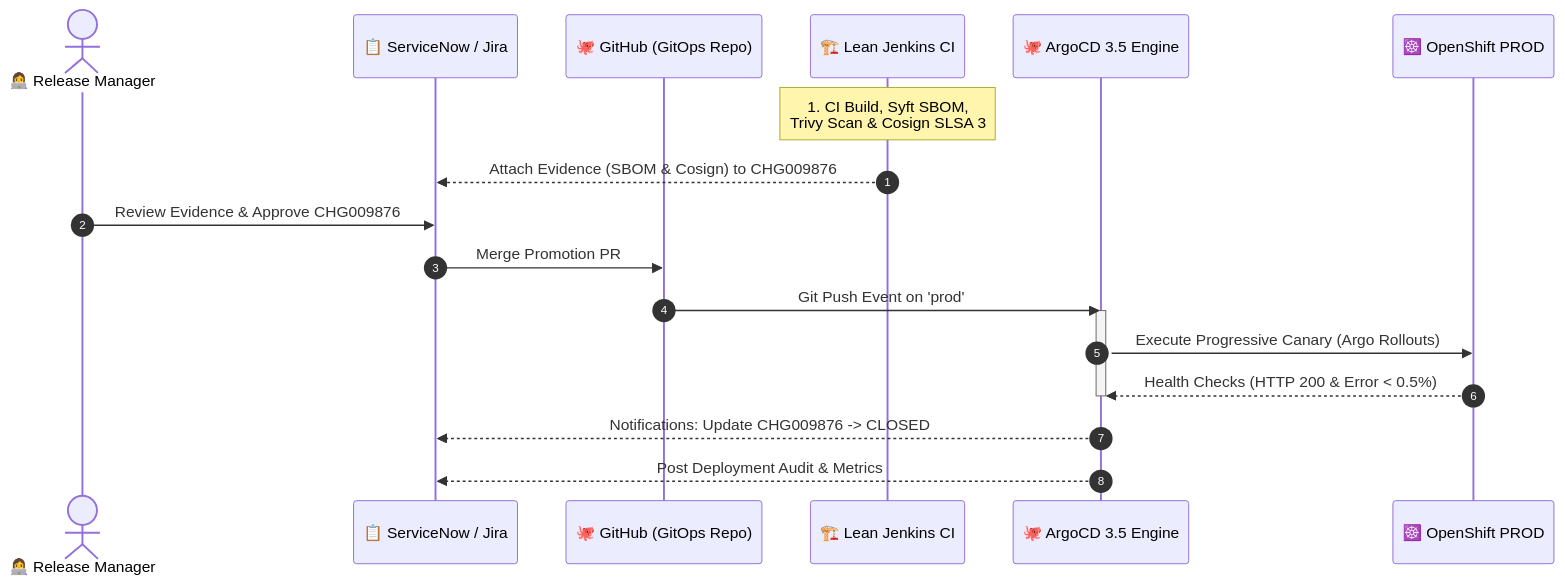
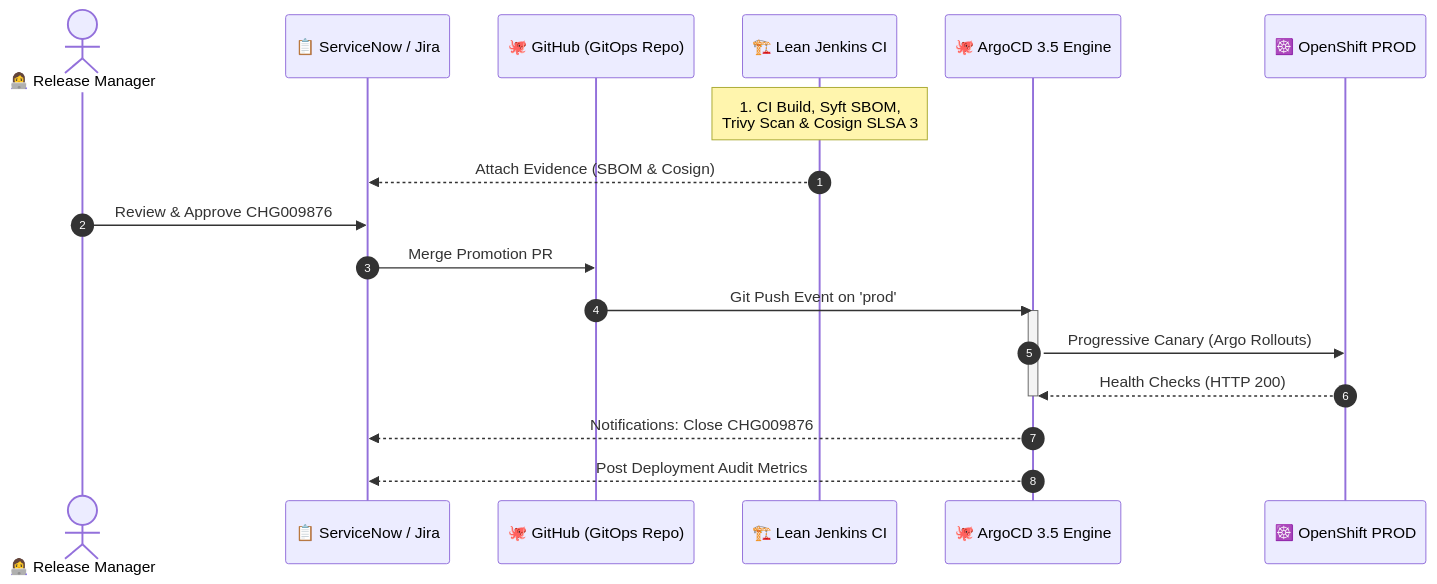
The fourth of 15 diagrams in README.md (nubenetes/jenkins-without-git-parameter-bwce), drawn with Mermaid before and after one commit. The commit also changed other lines of this file, not shown here.

Commit message:
fix(mermaid): enforce hard 20-char line limit on all diagram nodes to permanently prevent text clipping on GitHub

````diff
--- a/README.md
+++ b/README.md
@@ -377,25 +377,25 @@
 ```mermaid
 sequenceDiagram
     autonumber
     actor Ops as 👩‍💻 Release Manager
     participant ITSM as 📋 ServiceNow / Jira
     participant GitHub as 🐙 GitHub (GitOps Repo)
     participant Jenkins as 🏗️ Lean Jenkins CI
     participant ArgoCD as 🐙 ArgoCD 3.5 Engine
     participant Cluster as ☸️ OpenShift PROD
 
     Note over Jenkins: 1. CI Build, Syft SBOM,<br/>Trivy Scan & Cosign SLSA 3
-    Jenkins-->>ITSM: Attach Evidence (SBOM & Cosign) to CHG009876
+    Jenkins-->>ITSM: Attach Evidence (SBOM & Cosign)
     
-    Ops->>ITSM: Review Evidence & Approve CHG009876
-    ITSM->>GitHub: Merge Promotion PR #89 (CHG009876)
+    Ops->>ITSM: Review & Approve CHG009876
+    ITSM->>GitHub: Merge Promotion PR #89
     
     GitHub->>ArgoCD: Git Push Event on 'prod'
     activate ArgoCD
-    ArgoCD->>Cluster: Execute Progressive Canary (Argo Rollouts)
-    Cluster-->>ArgoCD: Health Checks (HTTP 200 & Error < 0.5%)
+    ArgoCD->>Cluster: Progressive Canary (Argo Rollouts)
+    Cluster-->>ArgoCD: Health Checks (HTTP 200)
     deactivate ArgoCD
     
-    ArgoCD-->>ITSM: Notifications: Update CHG009876 -> CLOSED
-    ArgoCD-->>ITSM: Post Deployment Audit & Metrics
+    ArgoCD-->>ITSM: Notifications: Close CHG009876
+    ArgoCD-->>ITSM: Post Deployment Audit Metrics
 ```
````
